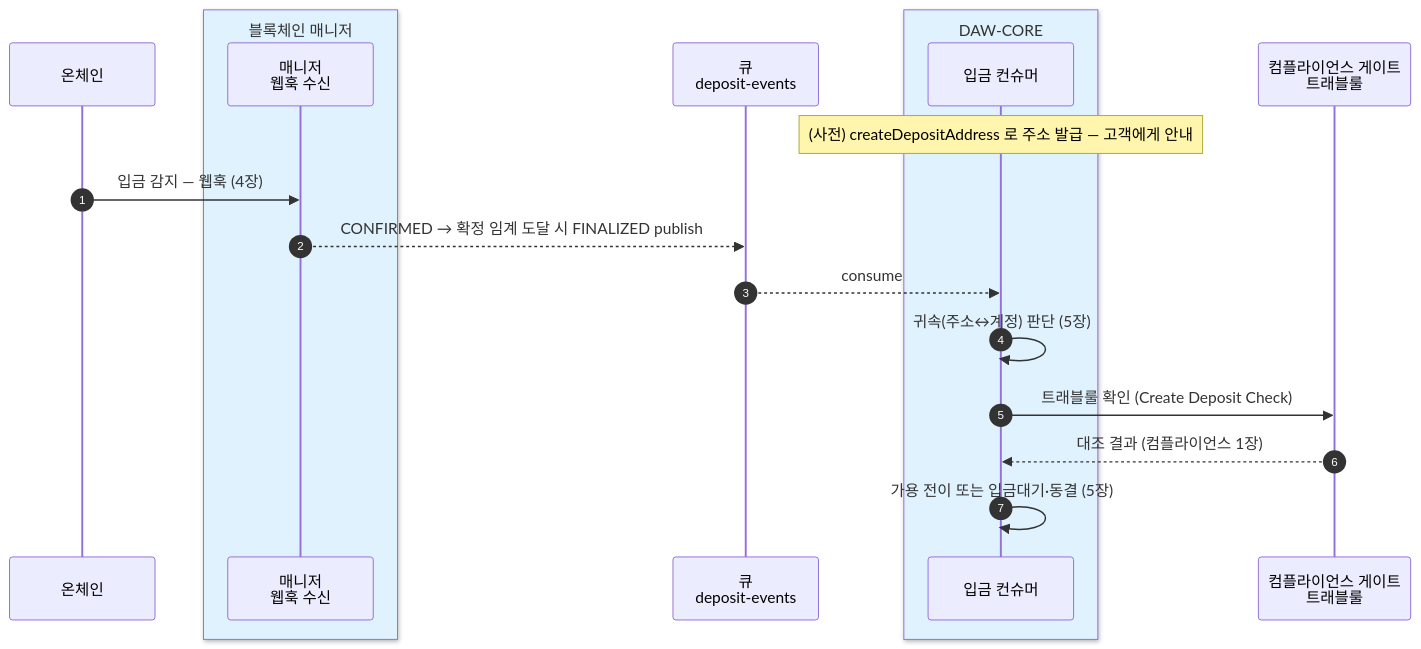
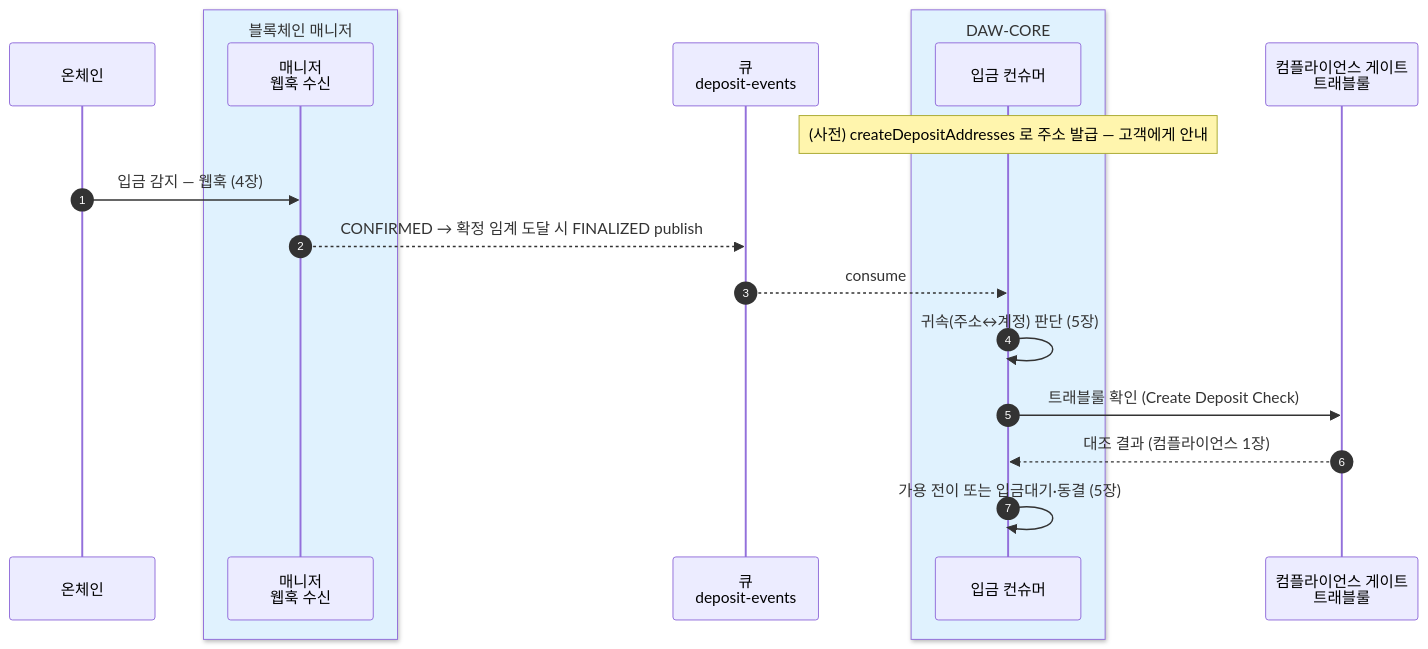
The second of 2 diagrams in blockchain-manager/docs/블록체인매니저/설계/16-interface.md (eunsujeo/eunpus), drawn with Mermaid before and after one commit. The commit also changed other lines of this file and 13 other files, not shown here.

````diff
--- a/blockchain-manager/docs/블록체인매니저/설계/16-interface.md
+++ b/blockchain-manager/docs/블록체인매니저/설계/16-interface.md
@@ -103,22 +102,22 @@
 ```mermaid
 sequenceDiagram
     autonumber
     participant CH as 온체인
     box rgb(224,242,254) 블록체인 매니저
     participant BM as 매니저<br/>웹훅 수신
     end
     participant MQ as 큐<br/>deposit-events
     box rgb(224,242,254) DAW-CORE
     participant BE as 입금 컨슈머
     end
     participant CP as 컴플라이언스 게이트<br/>트래블룰
 
-    Note over BE: (사전) createDepositAddress 로 주소 발급 — 고객에게 안내
+    Note over BE: (사전) createDepositAddresses 로 주소 발급 — 고객에게 안내
     CH->>BM: 입금 감지 — 웹훅 (4장)
     BM-->>MQ: CONFIRMED → 확정 임계 도달 시 FINALIZED publish
     MQ-->>BE: consume
     BE->>BE: 귀속(주소↔계정) 판단 (5장)
     BE->>CP: 트래블룰 확인 (Create Deposit Check)
     CP-->>BE: 대조 결과 (컴플라이언스 1장)
     BE->>BE: 가용 전이 또는 입금대기·동결 (5장)
 ```
````
